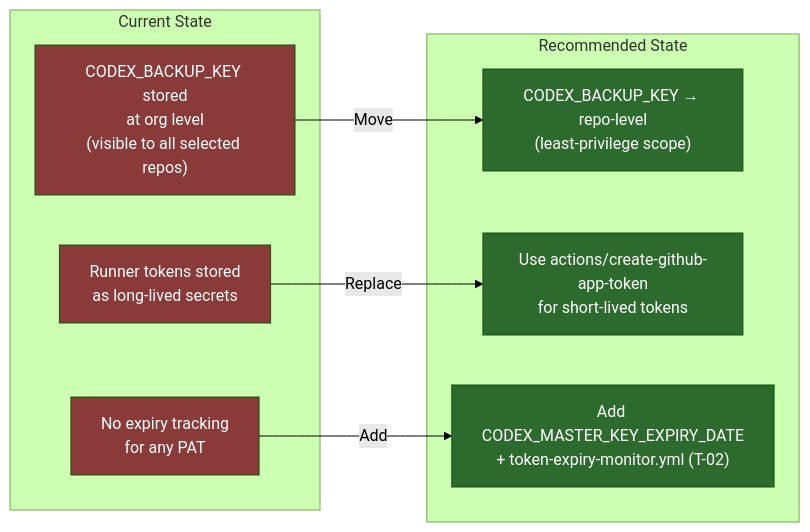
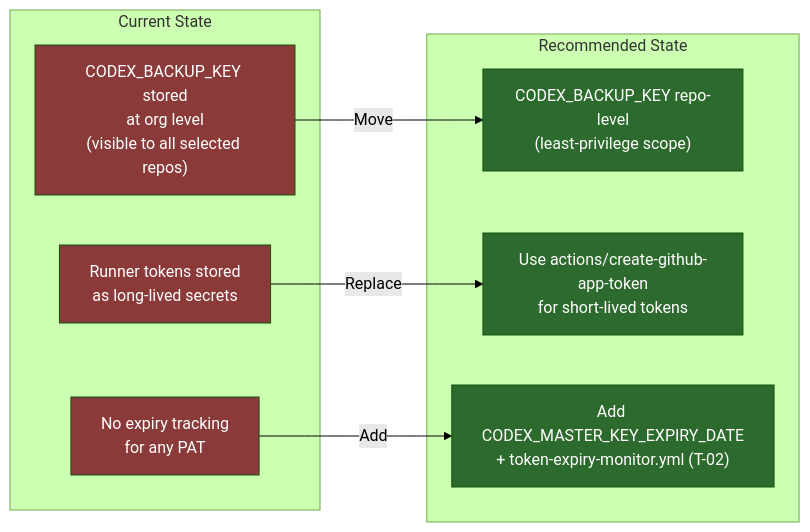
One commit to Aries-Serpent/_codex_ changed diagram 15 of 19 in docs/reference/ELEVATED_PRIVILEGES_TOKEN_REVIEW.md. Above: the diagram before and after it, drawn with Mermaid (forest theme). The commit also changed other lines of this file and 4117 other files, not shown here.

````diff
--- a/docs/reference/ELEVATED_PRIVILEGES_TOKEN_REVIEW.md
+++ b/docs/reference/ELEVATED_PRIVILEGES_TOKEN_REVIEW.md
@@ -1655,24 +1721,28 @@
 ```mermaid
 %%{init: {'accessibility': {'title': 'Flowchart showing "CODEX_BACKUP_KEY stored\nat org level\n(visible to all selected repos)", "Runner tokens stored\nas long-lived secrets"'}}%%
+
 graph LR
-    subgraph "Current State"
-        C1["CODEX_BACKUP_KEY stored\nat org level\n(visible to all selected repos)"]
-        C2["Runner tokens stored\nas long-lived secrets"]
-        C3["No expiry tracking\nfor any PAT"]
-    end
-    subgraph "Recommended State"
-        R1["CODEX_BACKUP_KEY → repo-level\n(least-privilege scope)"]
-        R2["Use actions/create-github-app-token\nfor short-lived tokens"]
-        R3["Add CODEX_MASTER_KEY_EXPIRY_DATE\n+ token-expiry-monitor.yml (T-02)"]
-    end
-    C1 -->|"Move"| R1
-    C2 -->|"Replace"| R2
-    C3 -->|"Add"| R3
+ subgraph "Current State"
+ C1["CODEX_BACKUP_KEY stored\nat org level\n(visible to all selected repos)"]
+ C2["Runner tokens stored\nas long-lived secrets"]
+ C3["No expiry tracking\nfor any PAT"]
+ end
+ subgraph "Recommended State"
+ R1["CODEX_BACKUP_KEY repo-level\n(least-privilege scope)"]
+ R2["Use actions/create-github-app-token\nfor short-lived tokens"]
+ R3["Add CODEX_MASTER_KEY_EXPIRY_DATE\n+ token-expiry-monitor.yml (T-02)"]
+ end
 
-    style C1 fill:#8b3a3a,color:#fff
-    style C2 fill:#8b3a3a,color:#fff
-    style C3 fill:#8b3a3a,color:#fff
-    style R1 fill:#2d6a2d,color:#fff
-    style R2 fill:#2d6a2d,color:#fff
-    style R3 fill:#2d6a2d,color:#fff
+ C1 -->|"Move"| R1
+
+ C2 -->|"Replace"| R2
+
+ C3 -->|"Add"| R3
+
+ style C1 fill:#8b3a3a,color:#fff
+ style C2 fill:#8b3a3a,color:#fff
+ style C3 fill:#8b3a3a,color:#fff
+ style R1 fill:#2d6a2d,color:#fff
+ style R2 fill:#2d6a2d,color:#fff
+ style R3 fill:#2d6a2d,color:#fff
 ```
````
